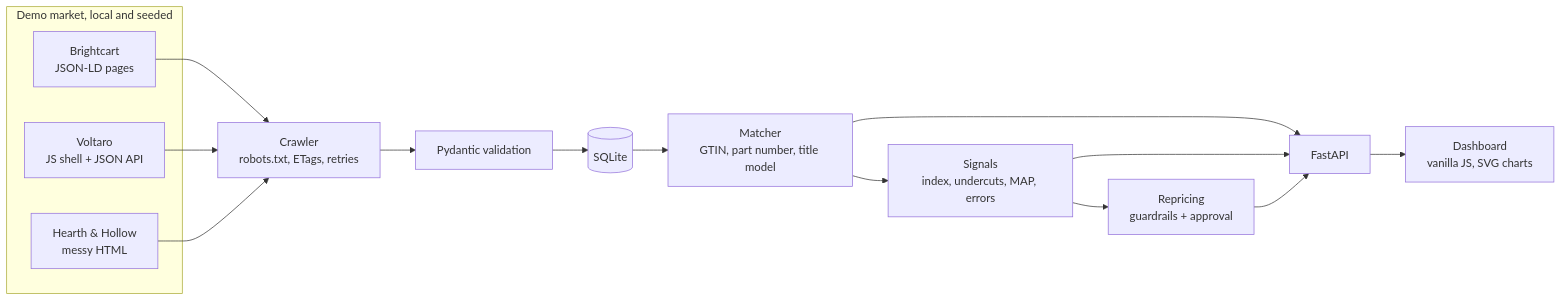
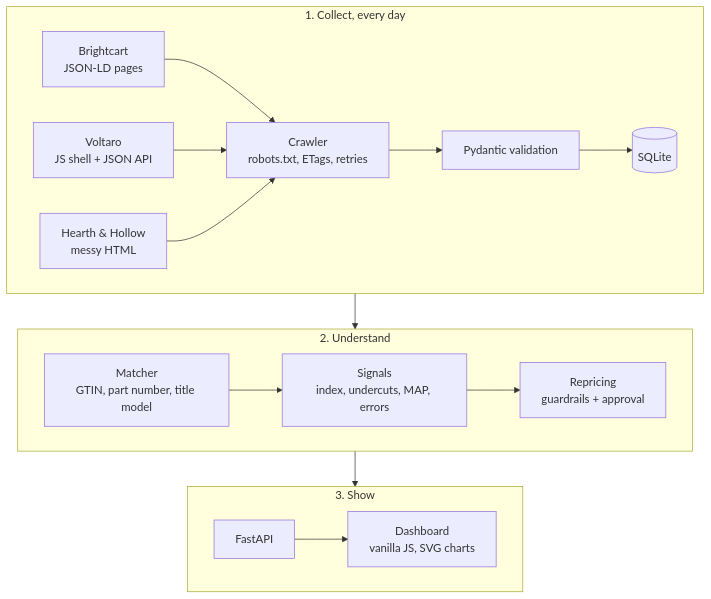
The diagram in README.md (danial-maqbool/northvane), drawn with Mermaid before and after one commit.

Commit message:
README: diagram in three rows so it reads at normal width

````diff
--- a/README.md
+++ b/README.md
@@ -24,19 +24,19 @@
 ```mermaid
-flowchart LR
-  subgraph market["Demo market, local and seeded"]
-    B["Brightcart<br/>JSON-LD pages"]
-    V["Voltaro<br/>JS shell + JSON API"]
-    H["Hearth #amp; Hollow<br/>messy HTML"]
+flowchart TB
+  subgraph collect["1. Collect, every day"]
+    direction LR
+    S1["Brightcart<br/>JSON-LD pages"] --> C["Crawler<br/>robots.txt, ETags, retries"]
+    S2["Voltaro<br/>JS shell + JSON API"] --> C
+    S3["Hearth #amp; Hollow<br/>messy HTML"] --> C
+    C --> P["Pydantic validation"] --> D[("SQLite")]
   end
-  B --> C
-  V --> C
-  H --> C
-  C["Crawler<br/>robots.txt, ETags, retries"] --> P["Pydantic validation"] --> D[("SQLite")]
-  D --> X["Matcher<br/>GTIN, part number, title model"]
-  X --> S["Signals<br/>index, undercuts, MAP, errors"]
-  S --> R["Repricing<br/>guardrails + approval"]
-  X --> A["FastAPI"]
-  S --> A
-  R --> A
-  A --> UI["Dashboard<br/>vanilla JS, SVG charts"]
+  subgraph understand["2. Understand"]
+    direction LR
+    X["Matcher<br/>GTIN, part number, title model"] --> S["Signals<br/>index, undercuts, MAP, errors"] --> R["Repricing<br/>guardrails + approval"]
+  end
+  subgraph show["3. Show"]
+    direction LR
+    A["FastAPI"] --> UI["Dashboard<br/>vanilla JS, SVG charts"]
+  end
+  collect --> understand --> show
 ```
````
